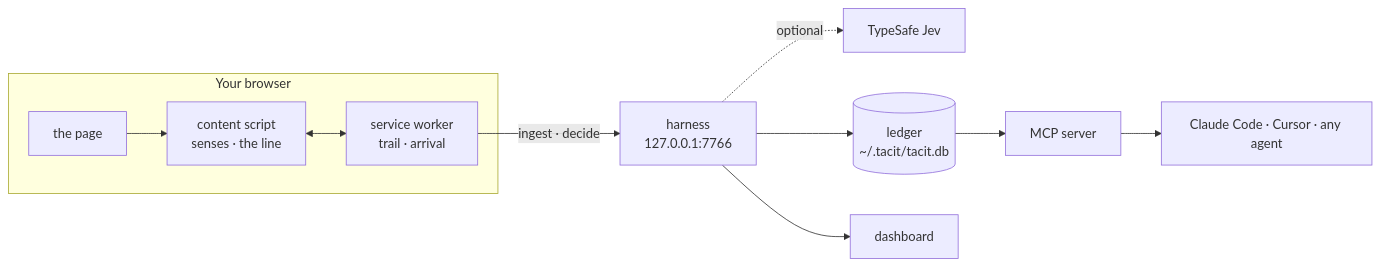
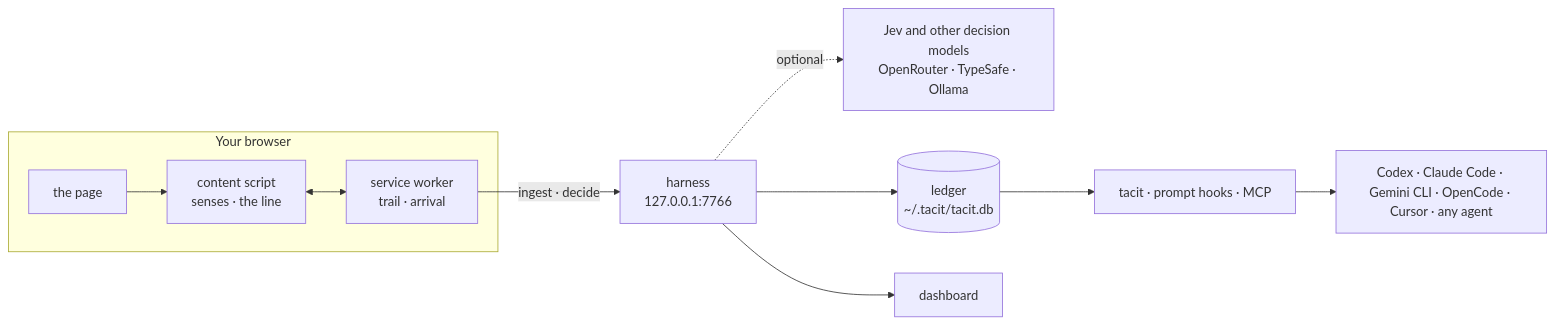
Before and after one commit to wujiajunhahah/tacit: the diagram in README.md, drawn with Mermaid. The commit also changed other lines of this file and 123 other files, not shown here.

First line of the commit message:
Any agent and any model: the tacit command, prompt hooks, and Jev in the loop

````diff
--- a/README.md
+++ b/README.md
@@ -154,13 +202,13 @@
 ```mermaid
 flowchart LR
   subgraph browser["Your browser"]
     page["the page"] --> cs["content script<br/>senses · the line"]
     cs <--> sw["service worker<br/>trail · arrival"]
   end
   sw -->|ingest · decide| harness["harness<br/>127.0.0.1:7766"]
-  harness -.->|optional| jev["TypeSafe Jev"]
+  harness -.->|optional| jev["Jev and other decision models<br/>OpenRouter · TypeSafe · Ollama"]
   harness --> ledger[("ledger<br/>~/.tacit/tacit.db")]
   harness --> ui["dashboard"]
-  ledger --> mcp["MCP server"]
-  mcp --> agents["Claude Code · Cursor · any agent"]
+  ledger --> port["tacit · prompt hooks · MCP"]
+  port --> agents["Codex · Claude Code · Gemini CLI · OpenCode · Cursor · any agent"]
 ```
````
